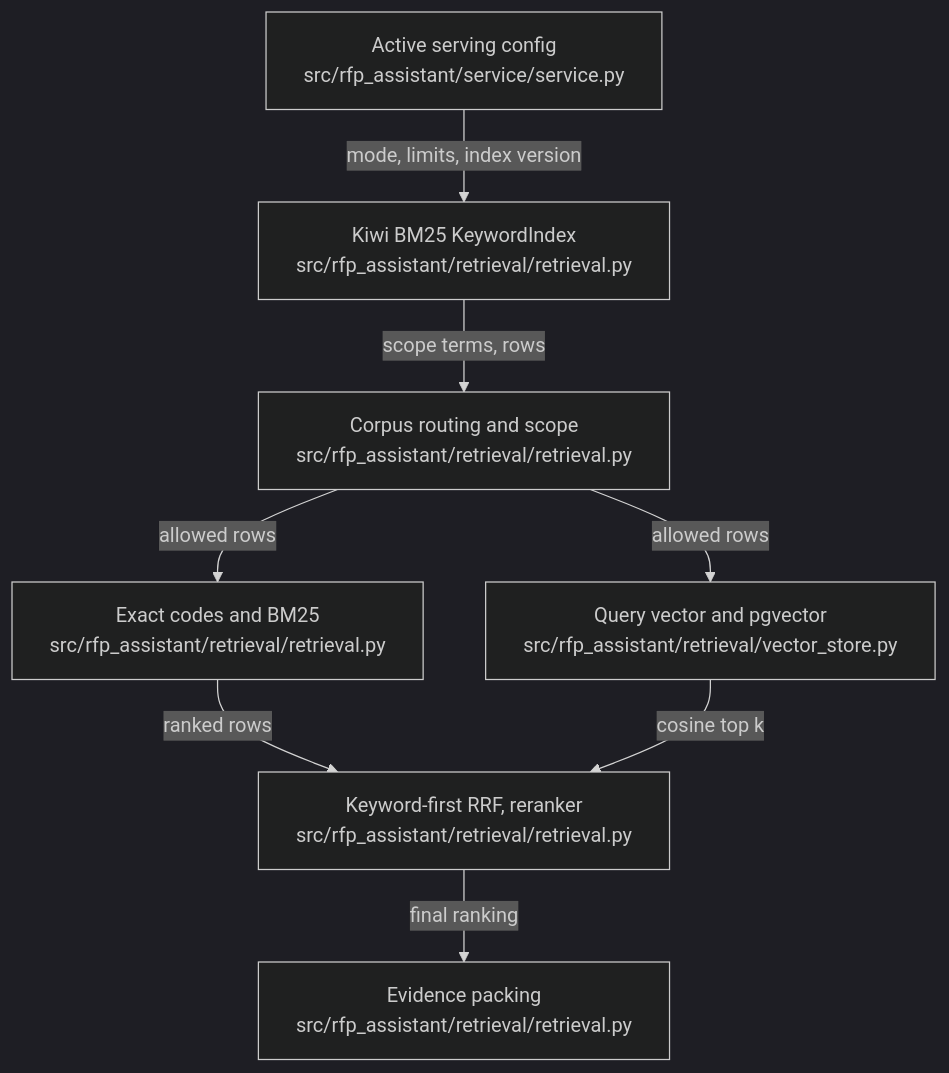
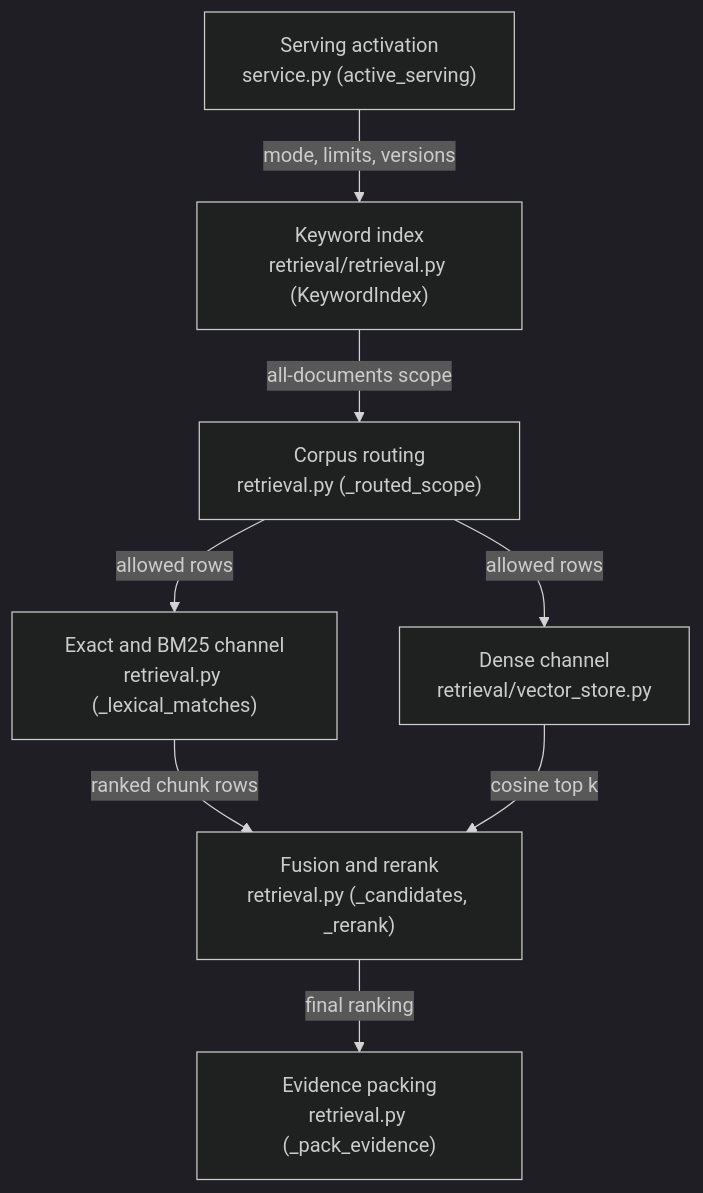
One commit to littleeeeebit/project-codeit-mid changed the diagram in .omm/overall-architecture/retrieval-engine/diagram.mmd. Above: the diagram before and after it, drawn with Mermaid (dark theme). The commit also changed 424 other files, not shown here.

```diff
--- a/.omm/overall-architecture/retrieval-engine/diagram.mmd
+++ b/.omm/overall-architecture/retrieval-engine/diagram.mmd
@@ -1,8 +1,8 @@
 graph TD
-  serving-activation["Active serving config\nsrc/rfp_assistant/service/service.py"] -->|"mode, limits, index version"| keyword-index["Kiwi BM25 KeywordIndex\nsrc/rfp_assistant/retrieval/retrieval.py"]
-  keyword-index -->|"scope terms, rows"| corpus-routing["Corpus routing and scope\nsrc/rfp_assistant/retrieval/retrieval.py"]
-  corpus-routing -->|"allowed rows"| lexical-channel["Exact codes and BM25\nsrc/rfp_assistant/retrieval/retrieval.py"]
-  corpus-routing -->|"allowed rows"| dense-channel["Query vector and pgvector\nsrc/rfp_assistant/retrieval/vector_store.py"]
-  lexical-channel -->|"ranked rows"| fusion-rerank["Keyword-first RRF, reranker\nsrc/rfp_assistant/retrieval/retrieval.py"]
-  dense-channel -->|"cosine top k"| fusion-rerank
-  fusion-rerank -->|"final ranking"| evidence-packing["Evidence packing\nsrc/rfp_assistant/retrieval/retrieval.py"]
+  serving-config["Serving activation\nservice.py (active_serving)"] -->|mode, limits, versions| keyword-index["Keyword index\nretrieval/retrieval.py (KeywordIndex)"]
+  keyword-index -->|all-documents scope| corpus-routing["Corpus routing\nretrieval.py (_routed_scope)"]
+  corpus-routing -->|allowed rows| lexical-channel["Exact and BM25 channel\nretrieval.py (_lexical_matches)"]
+  corpus-routing -->|allowed rows| dense-channel["Dense channel\nretrieval/vector_store.py"]
+  lexical-channel -->|ranked chunk rows| fusion-rerank["Fusion and rerank\nretrieval.py (_candidates, _rerank)"]
+  dense-channel -->|cosine top k| fusion-rerank
+  fusion-rerank -->|final ranking| evidence-packing["Evidence packing\nretrieval.py (_pack_evidence)"]
```
